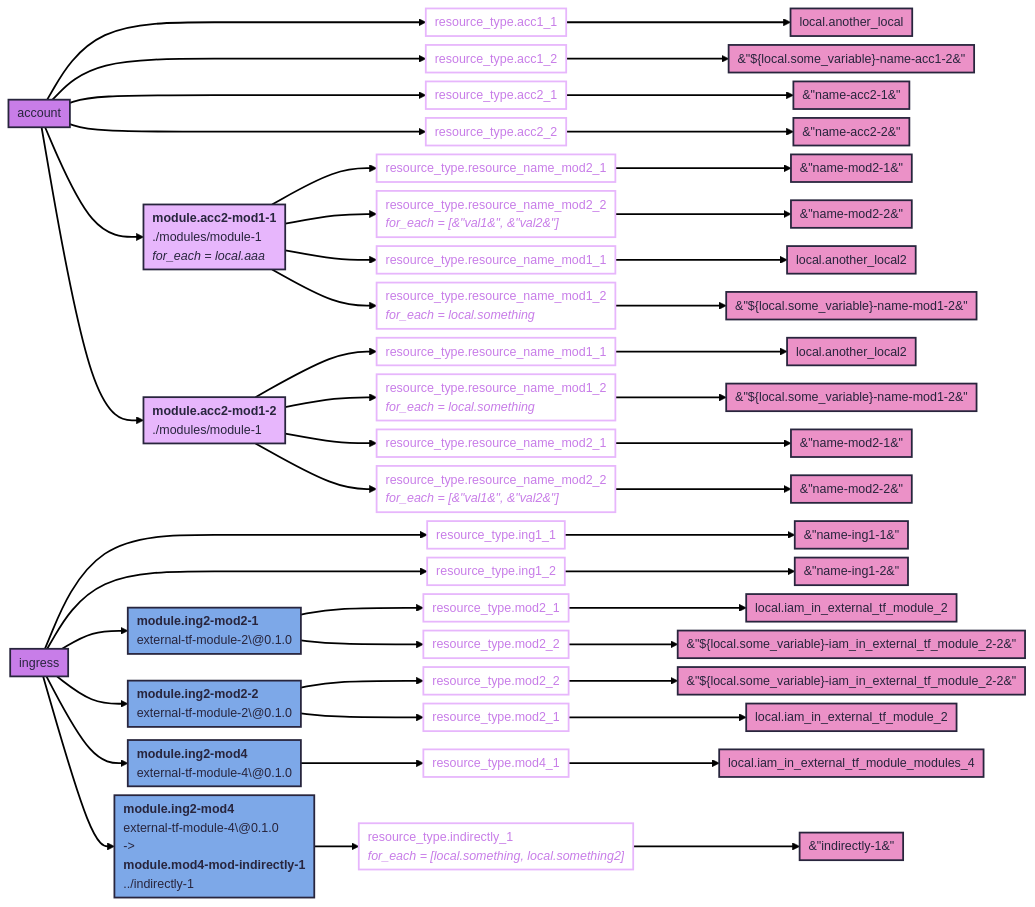
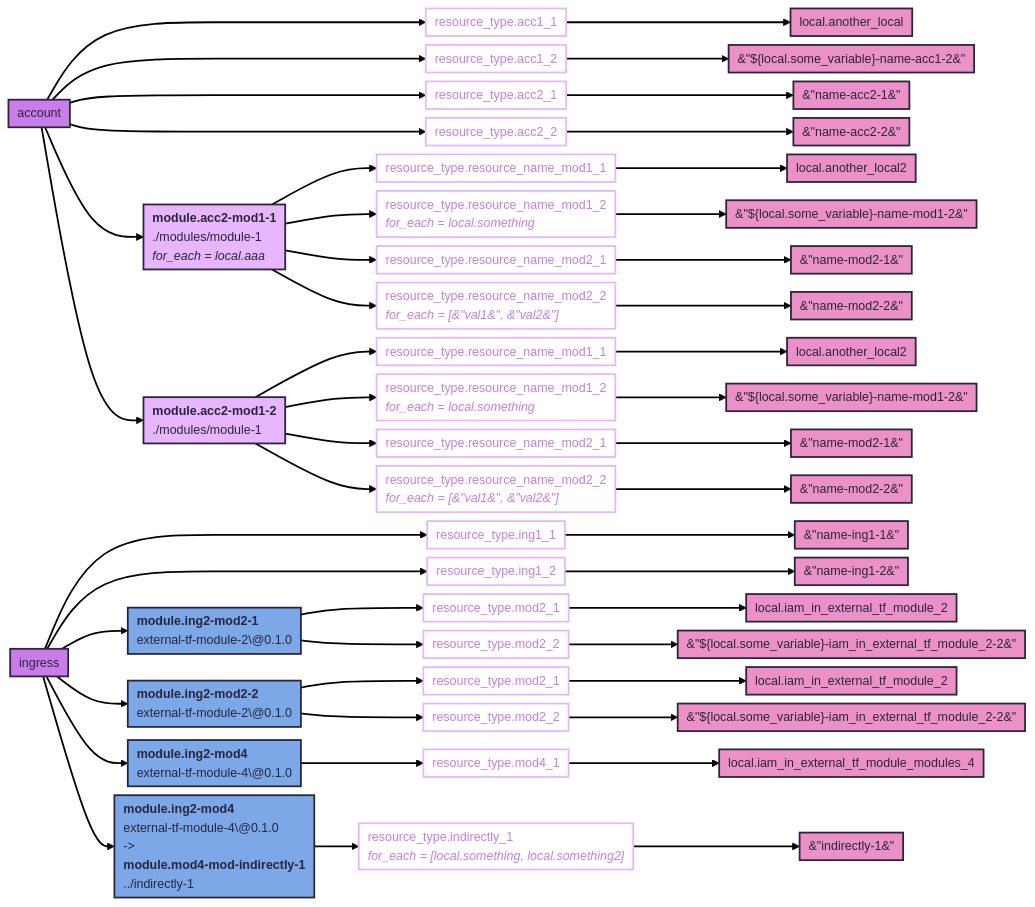
The diagram in output.mmd (keenbytes/tfsketch), drawn with Mermaid before and after one commit. The commit also changed other lines of this file and 5 other files, not shown here.

```diff
--- a/output.mmd
+++ b/output.mmd
@@ -1,41 +1,41 @@
 ---
 config:
   theme: redux
   flowchart:
     diagramPadding: 5
     padding: 5
     nodeSpacing: 10
     wrappingWidth: 700
 ---
 flowchart LR
   classDef tf-path fill:#c87de8
   classDef tf-resource-name stroke:#e7b6fc,color:#c87de8,text-align:left
   classDef tf-int-mod fill:#e7b6fc,text-align:left
   classDef tf-ext-mod fill:#7da8e8,text-align:left
   classDef tf-resource-field-name fill:#eb91c7
   account["account"]:::tf-path ---> account__acc11["resource_type.acc1_1"]:::tf-resource-name --> account__acc11_FieldName["local.another_local"]:::tf-resource-field-name
   account["account"]:::tf-path ---> account__acc12["resource_type.acc1_2"]:::tf-resource-name --> account__acc12_FieldName["&#34;${local.some_variable}-name-acc1-2&#34;"]:::tf-resource-field-name
   account["account"]:::tf-path ---> account__acc21["resource_type.acc2_1"]:::tf-resource-name --> account__acc21_FieldName["&#34;name-acc2-1&#34;"]:::tf-resource-field-name
   account["account"]:::tf-path ---> account__acc22["resource_type.acc2_2"]:::tf-resource-name --> account__acc22_FieldName["&#34;name-acc2-2&#34;"]:::tf-resource-field-name
   account --> account__accountmodulesmodule1_acc2mod11_acc2mod11["<b>module.acc2-mod1-1</b><br>./modules/module-1<br><i>for_each = local.aaa</i>"]:::tf-int-mod
+  account__accountmodulesmodule1_acc2mod11_acc2mod11 --> account__accountmodulesmodule1_acc2mod11_acc2mod11__resourcenamemod11["resource_type.resource_name_mod1_1"]:::tf-resource-name --> account__accountmodulesmodule1_acc2mod11_acc2mod11__resourcenamemod11_FieldName["local.another_local2"]:::tf-resource-field-name
+  account__accountmodulesmodule1_acc2mod11_acc2mod11 --> account__accountmodulesmodule1_acc2mod11_acc2mod11__resourcenamemod12["resource_type.resource_name_mod1_2<br><i>for_each = local.something</i>"]:::tf-resource-name --> account__accountmodulesmodule1_acc2mod11_acc2mod11__resourcenamemod12_FieldName["&#34;${local.some_variable}-name-mod1-2&#34;"]:::tf-resource-field-name
   account__accountmodulesmodule1_acc2mod11_acc2mod11 --> account__accountmodulesmodule1_acc2mod11_acc2mod11__resourcenamemod21["resource_type.resource_name_mod2_1"]:::tf-resource-name --> account__accountmodulesmodule1_acc2mod11_acc2mod11__resourcenamemod21_FieldName["&#34;name-mod2-1&#34;"]:::tf-resource-field-name
   account__accountmodulesmodule1_acc2mod11_acc2mod11 --> account__accountmodulesmodule1_acc2mod11_acc2mod11__resourcenamemod22["resource_type.resource_name_mod2_2<br><i>for_each = [&#34;val1&#34;, &#34;val2&#34;]</i>"]:::tf-resource-name --> account__accountmodulesmodule1_acc2mod11_acc2mod11__resourcenamemod22_FieldName["&#34;name-mod2-2&#34;"]:::tf-resource-field-name
-  account__accountmodulesmodule1_acc2mod11_acc2mod11 --> account__accountmodulesmodule1_acc2mod11_acc2mod11__resourcenamemod11["resource_type.resource_name_mod1_1"]:::tf-resource-name --> account__accountmodulesmodule1_acc2mod11_acc2mod11__resourcenamemod11_FieldName["local.another_local2"]:::tf-resource-field-name
-  account__accountmodulesmodule1_acc2mod11_acc2mod11 --> account__accountmodulesmodule1_acc2mod11_acc2mod11__resourcenamemod12["resource_type.resource_name_mod1_2<br><i>for_each = local.something</i>"]:::tf-resource-name --> account__accountmodulesmodule1_acc2mod11_acc2mod11__resourcenamemod12_FieldName["&#34;${local.some_variable}-name-mod1-2&#34;"]:::tf-resource-field-name
   account --> account__accountmodulesmodule1_acc2mod12_acc2mod12["<b>module.acc2-mod1-2</b><br>./modules/module-1"]:::tf-int-mod
   account__accountmodulesmodule1_acc2mod12_acc2mod12 --> account__accountmodulesmodule1_acc2mod12_acc2mod12__resourcenamemod11["resource_type.resource_name_mod1_1"]:::tf-resource-name --> account__accountmodulesmodule1_acc2mod12_acc2mod12__resourcenamemod11_FieldName["local.another_local2"]:::tf-resource-field-name
   account__accountmodulesmodule1_acc2mod12_acc2mod12 --> account__accountmodulesmodule1_acc2mod12_acc2mod12__resourcenamemod12["resource_type.resource_name_mod1_2<br><i>for_each = local.something</i>"]:::tf-resource-name --> account__accountmodulesmodule1_acc2mod12_acc2mod12__resourcenamemod12_FieldName["&#34;${local.some_variable}-name-mod1-2&#34;"]:::tf-resource-field-name
   account__accountmodulesmodule1_acc2mod12_acc2mod12 --> account__accountmodulesmodule1_acc2mod12_acc2mod12__resourcenamemod21["resource_type.resource_name_mod2_1"]:::tf-resource-name --> account__accountmodulesmodule1_acc2mod12_acc2mod12__resourcenamemod21_FieldName["&#34;name-mod2-1&#34;"]:::tf-resource-field-name
   account__accountmodulesmodule1_acc2mod12_acc2mod12 --> account__accountmodulesmodule1_acc2mod12_acc2mod12__resourcenamemod22["resource_type.resource_name_mod2_2<br><i>for_each = [&#34;val1&#34;, &#34;val2&#34;]</i>"]:::tf-resource-name --> account__accountmodulesmodule1_acc2mod12_acc2mod12__resourcenamemod22_FieldName["&#34;name-mod2-2&#34;"]:::tf-resource-field-name
   ingress["ingress"]:::tf-path ---> ingress__ing11["resource_type.ing1_1"]:::tf-resource-name --> ingress__ing11_FieldName["&#34;name-ing1-1&#34;"]:::tf-resource-field-name
   ingress["ingress"]:::tf-path ---> ingress__ing12["resource_type.ing1_2"]:::tf-resource-name --> ingress__ing12_FieldName["&#34;name-ing1-2&#34;"]:::tf-resource-field-name
   ingress --> ingress___ing2mod21_ing2mod21["<b>module.ing2-mod2-1</b><br>external-tf-module-2\@0.1.0"]:::tf-ext-mod
   ingress___ing2mod21_ing2mod21 --> ingress___ing2mod21_ing2mod21__mod21["resource_type.mod2_1"]:::tf-resource-name --> ingress___ing2mod21_ing2mod21__mod21_FieldName["local.iam_in_external_tf_module_2"]:::tf-resource-field-name
   ingress___ing2mod21_ing2mod21 --> ingress___ing2mod21_ing2mod21__mod22["resource_type.mod2_2"]:::tf-resource-name --> ingress___ing2mod21_ing2mod21__mod22_FieldName["&#34;${local.some_variable}-iam_in_external_tf_module_2-2&#34;"]:::tf-resource-field-name
   ingress --> ingress___ing2mod22_ing2mod22["<b>module.ing2-mod2-2</b><br>external-tf-module-2\@0.1.0"]:::tf-ext-mod
+  ingress___ing2mod22_ing2mod22 --> ingress___ing2mod22_ing2mod22__mod21["resource_type.mod2_1"]:::tf-resource-name --> ingress___ing2mod22_ing2mod22__mod21_FieldName["local.iam_in_external_tf_module_2"]:::tf-resource-field-name
   ingress___ing2mod22_ing2mod22 --> ingress___ing2mod22_ing2mod22__mod22["resource_type.mod2_2"]:::tf-resource-name --> ingress___ing2mod22_ing2mod22__mod22_FieldName["&#34;${local.some_variable}-iam_in_external_tf_module_2-2&#34;"]:::tf-resource-field-name
-  ingress___ing2mod22_ing2mod22 --> ingress___ing2mod22_ing2mod22__mod21["resource_type.mod2_1"]:::tf-resource-name --> ingress___ing2mod22_ing2mod22__mod21_FieldName["local.iam_in_external_tf_module_2"]:::tf-resource-field-name
   ingress --> ingress___ing2mod4_ing2mod4["<b>module.ing2-mod4</b><br>external-tf-module-4\@0.1.0"]:::tf-ext-mod
   ingress___ing2mod4_ing2mod4 --> ingress___ing2mod4_ing2mod4__mod41["resource_type.mod4_1"]:::tf-resource-name --> ingress___ing2mod4_ing2mod4__mod41_FieldName["local.iam_in_external_tf_module_modules_4"]:::tf-resource-field-name
   ingress --> ingress___ingress___ing2mod4_ing2mod4__mod4modindirectly1_mod4modindirectly1["<b>module.ing2-mod4</b><br>external-tf-module-4\@0.1.0<br>-&gt;<br><b>module.mod4-mod-indirectly-1</b><br>../indirectly-1"]:::tf-ext-mod
   ingress___ingress___ing2mod4_ing2mod4__mod4modindirectly1_mod4modindirectly1 --> ingress___ingress___ing2mod4_ing2mod4__mod4modindirectly1_mod4modindirectly1__indirectly1["resource_type.indirectly_1<br><i>for_each = [local.something, local.something2]</i>"]:::tf-resource-name --> ingress___ingress___ing2mod4_ing2mod4__mod4modindirectly1_mod4modindirectly1__indirectly1_FieldName["&#34;indirectly-1&#34;"]:::tf-resource-field-name
```
